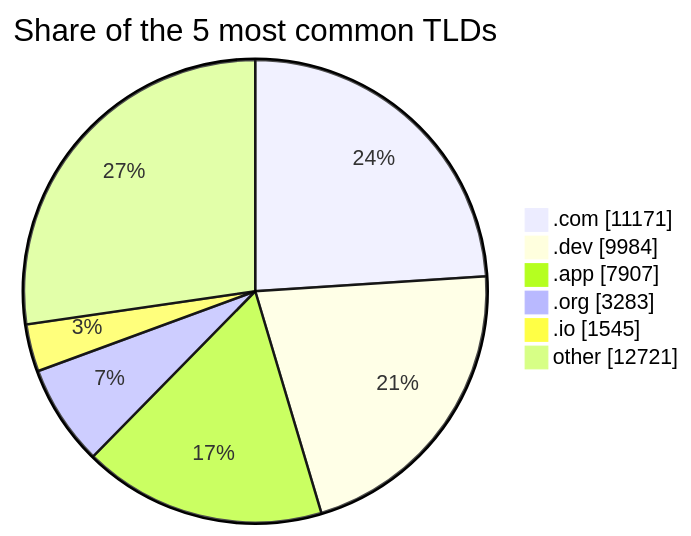
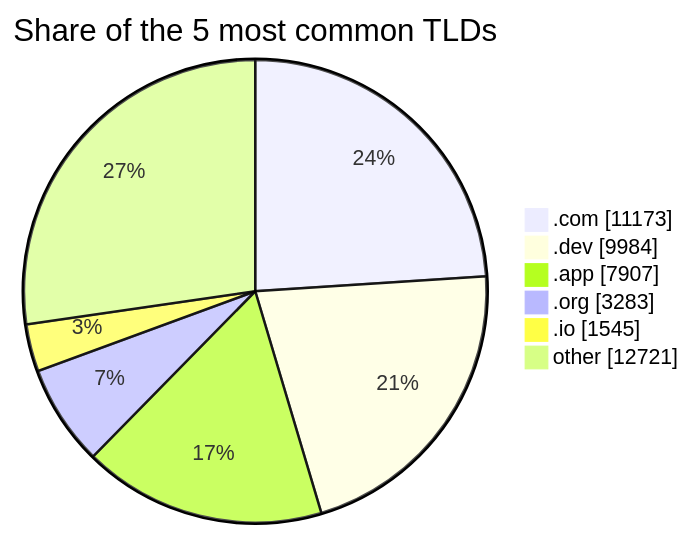
Before and after one commit to DNSBunker/CTI: the third of 3 diagrams in README.md, drawn with Mermaid. The commit also changed other lines of this file and 3 other files, not shown here.

````diff
--- a/README.md
+++ b/README.md
@@ -81,9 +81,9 @@
 ```mermaid
 pie showData title Share of the 5 most common TLDs
-    ".com" : 11171
+    ".com" : 11173
     ".dev" : 9984
     ".app" : 7907
     ".org" : 3283
     ".io" : 1545
     "other" : 12721
 ```
````
